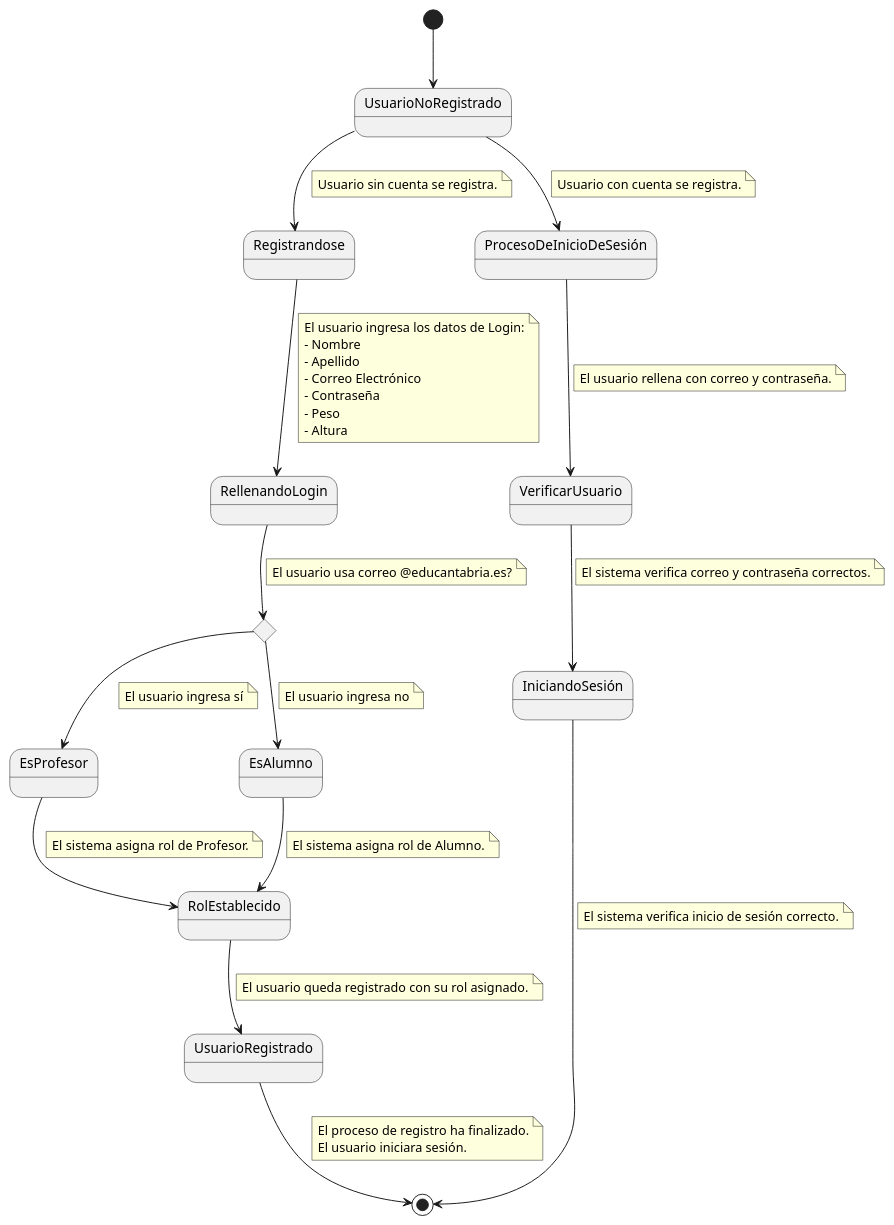
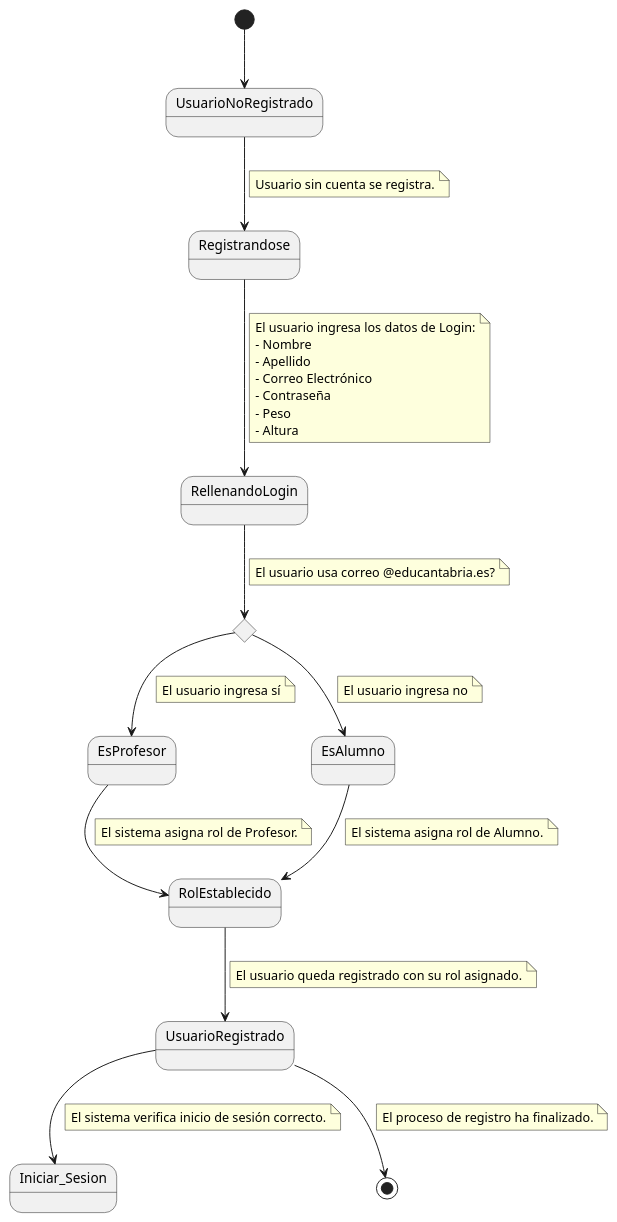
The diagram in Documentos/DetallarCasosDeUso/Registrarse.puml (mmasias/24-25-IdSw1-SDR), drawn with PlantUML before and after one commit. The commit also changed 1 other file, not shown here.

```diff
--- a/Documentos/DetallarCasosDeUso/Registrarse.puml
+++ b/Documentos/DetallarCasosDeUso/Registrarse.puml
@@ -1,78 +1,65 @@
 @startuml
 
   [*] --> UsuarioNoRegistrado
   UsuarioNoRegistrado --> Registrandose
   note on link
     Usuario sin cuenta se registra.
   end note
 
-  UsuarioNoRegistrado --> ProcesoDeInicioDeSesión
-  note on link
-    Usuario con cuenta se registra.
-  end note
 
   Registrandose --> RellenandoLogin
   note on link
     El usuario ingresa los datos de Login:
     - Nombre
     - Apellido
     - Correo Electrónico
     - Contraseña
     - Peso
     - Altura
   end note
-  
+
   state rombo <<choice>>
   RellenandoLogin --> rombo
   note on link
     El usuario usa correo @educantabria.es?
   end note
-  
+
   rombo --> EsProfesor
   note on link
     El usuario ingresa sí
   end note
-  
+
   rombo --> EsAlumno
   note on link
     El usuario ingresa no
   end note
 
   EsAlumno --> RolEstablecido
   note on link
     El sistema asigna rol de Alumno.
   end note
-  
+
   EsProfesor --> RolEstablecido
   note on link
     El sistema asigna rol de Profesor.
   end note
-  
+
   RolEstablecido --> UsuarioRegistrado
   note on link
     El usuario queda registrado con su rol asignado.
   end note
-  
-  ProcesoDeInicioDeSesión --> VerificarUsuario
-  note on link
-    El usuario rellena con correo y contraseña.
-  end note
-  
-  VerificarUsuario --> IniciandoSesión
-  note on link
-    El sistema verifica correo y contraseña correctos.
-  end note
-  
-  IniciandoSesión --> [*]
+
+
+
+  UsuarioRegistrado --> Iniciar_Sesion
   note on link
     El sistema verifica inicio de sesión correcto.
   end note
 
   UsuarioRegistrado --> [*]
   note on link
     El proceso de registro ha finalizado.
-    El usuario iniciara sesión.
   end note
-  
+
 
 @enduml
```
